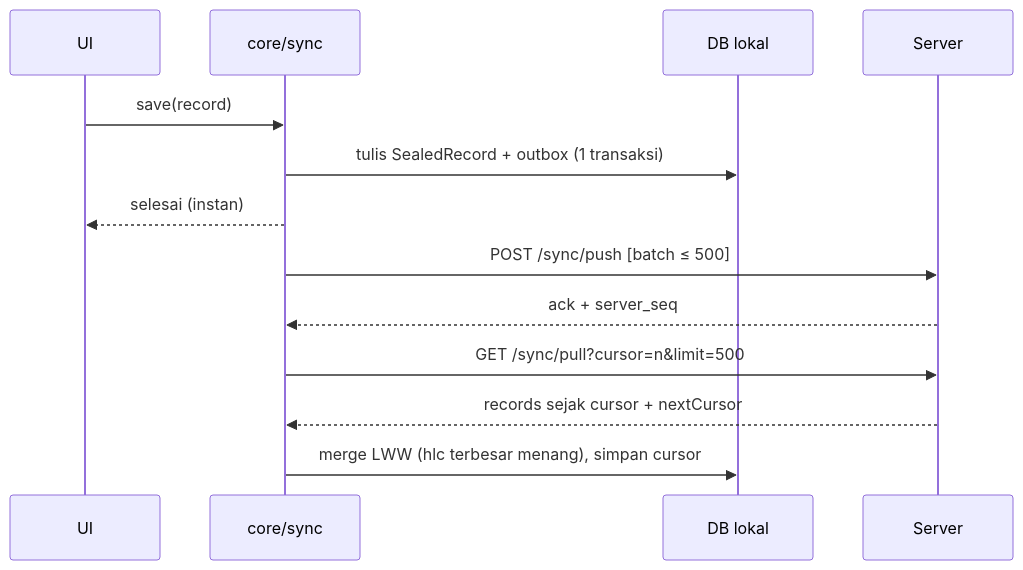
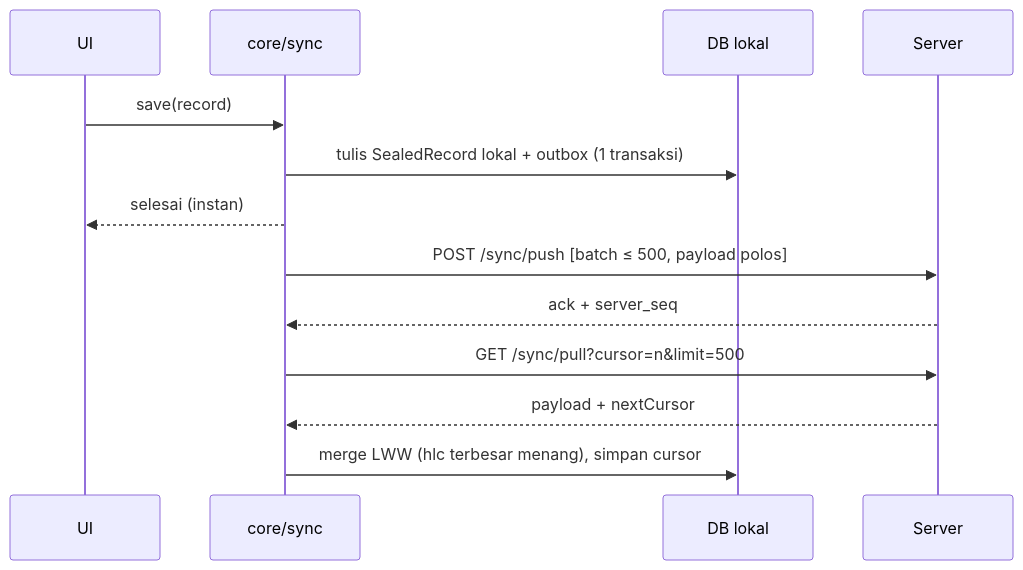
One commit to rijalsolahudin/improve-personal-web changed the fourth of 4 diagrams in ARCHITECTURE.md. Above: the diagram before and after it, drawn with Mermaid. The commit also changed other lines of this file and 230 other files, not shown here.

````diff
--- a/ARCHITECTURE.md
+++ b/ARCHITECTURE.md
@@ -277,15 +249,15 @@
 ```mermaid
 sequenceDiagram
   participant UI
   participant Core as core/sync
   participant DB as DB lokal
   participant S as Server
   UI->>Core: save(record)
-  Core->>DB: tulis SealedRecord + outbox (1 transaksi)
+  Core->>DB: tulis SealedRecord lokal + outbox (1 transaksi)
   Core-->>UI: selesai (instan)
-  Core->>S: POST /sync/push [batch ≤ 500]
+  Core->>S: POST /sync/push [batch ≤ 500, payload polos]
   S-->>Core: ack + server_seq
   Core->>S: GET /sync/pull?cursor=n&limit=500
-  S-->>Core: records sejak cursor + nextCursor
+  S-->>Core: payload + nextCursor
   Core->>DB: merge LWW (hlc terbesar menang), simpan cursor
 ```
````
